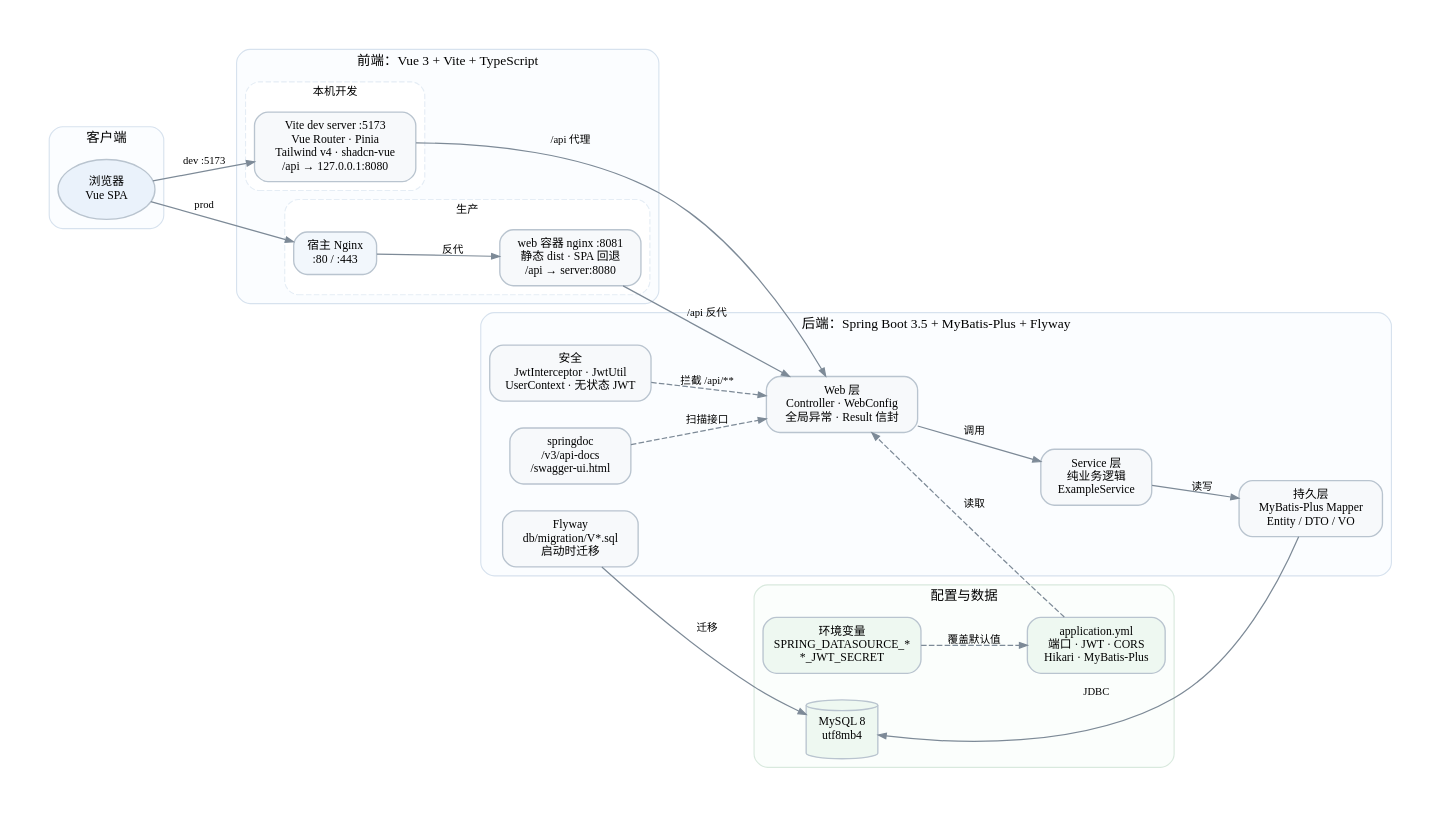
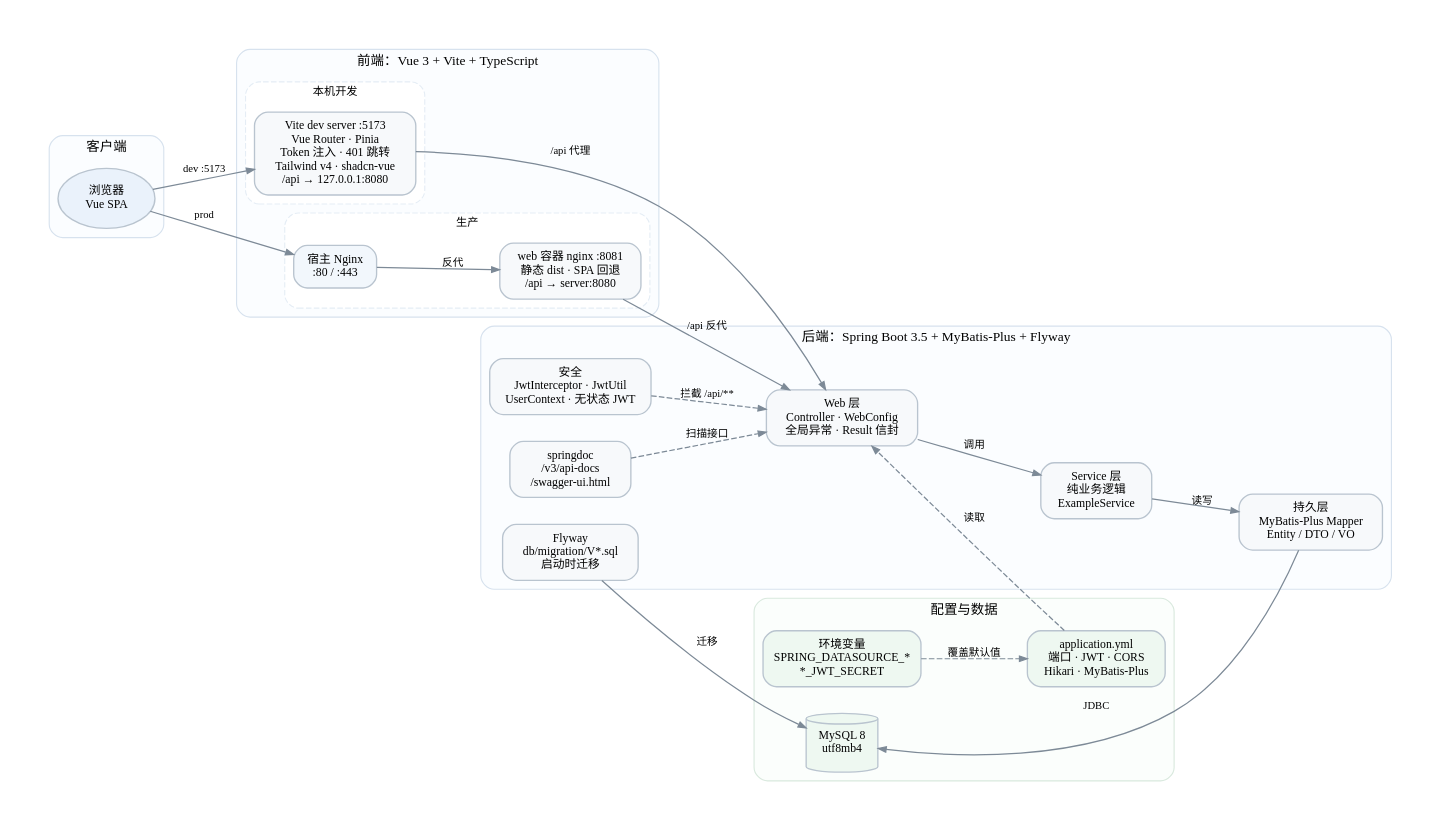
The diagram in references/architecture-runtime.dot (hhh666hhh666/project-scaffold), drawn with Graphviz before and after one commit. The commit also changed 8 other files, not shown here.

First line of the commit message:
docs(frontend): 同步登录闭环与请求层改动的文档、图与生成物断言

```diff
--- a/references/architecture-runtime.dot
+++ b/references/architecture-runtime.dot
@@ -1,104 +1,104 @@
 digraph runtime {
   graph [
     rankdir=LR,
     fontname="Microsoft YaHei",
     fontsize=13,
     bgcolor="#ffffff",
     pad=0.4,
     nodesep=0.34,
     ranksep=0.62,
     splines=spline
   ];
   node [
     shape=box,
     style="rounded,filled",
     fontname="Microsoft YaHei",
     fontsize=10.5,
     color="#b9c4cf",
     fillcolor="#f7f9fb",
     penwidth=1.2,
     margin="0.14,0.10"
   ];
   edge [
     color="#7d8a97",
     fontname="Microsoft YaHei",
     fontsize=9.5,
     arrowsize=0.7,
     penwidth=1.1
   ];
 
   subgraph cluster_client {
     label="客户端";
     fontsize=12;
     color="#d7e2ee";
     style="rounded,filled";
     fillcolor="#fbfdff";
     browser [label="浏览器\nVue SPA", shape=oval, fillcolor="#eaf2fb"];
   }
 
   subgraph cluster_frontend {
     label="前端：Vue 3 + Vite + TypeScript";
     fontsize=12;
     color="#d7e2ee";
     style="rounded,filled";
     fillcolor="#fbfdff";
 
     subgraph cluster_dev {
       label="本机开发";
       fontsize=10;
       color="#e5edf5";
       style="rounded,dashed";
-      vite [label="Vite dev server :5173\nVue Router · Pinia\nTailwind v4 · shadcn-vue\n/api → 127.0.0.1:8080"];
+      vite [label="Vite dev server :5173\nVue Router · Pinia\nToken 注入 · 401 跳转\nTailwind v4 · shadcn-vue\n/api → 127.0.0.1:8080"];
     }
 
     subgraph cluster_prod {
       label="生产";
       fontsize=10;
       color="#e5edf5";
       style="rounded,dashed";
       host [label="宿主 Nginx\n:80 / :443", fillcolor="#f2f7fc"];
       web [label="web 容器 nginx :8081\n静态 dist · SPA 回退\n/api → server:8080"];
     }
   }
 
   subgraph cluster_backend {
     label="后端：Spring Boot 3.5 + MyBatis-Plus + Flyway";
     fontsize=12;
     color="#d7e2ee";
     style="rounded,filled";
     fillcolor="#fbfdff";
 
     web_layer [label="Web 层\nController · WebConfig\n全局异常 · Result 信封"];
     security [label="安全\nJwtInterceptor · JwtUtil\nUserContext · 无状态 JWT"];
     service [label="Service 层\n纯业务逻辑\nExampleService"];
     mapper [label="持久层\nMyBatis-Plus Mapper\nEntity / DTO / VO"];
     flyway [label="Flyway\ndb/migration/V*.sql\n启动时迁移"];
     api_docs [label="springdoc\n/v3/api-docs\n/swagger-ui.html"];
   }
 
   subgraph cluster_config {
     label="配置与数据";
     fontsize=12;
     color="#d9e9de";
     style="rounded,filled";
     fillcolor="#fbfefc";
     yml [label="application.yml\n端口 · JWT · CORS\nHikari · MyBatis-Plus", fillcolor="#eef8f1"];
     env [label="环境变量\nSPRING_DATASOURCE_*\n*_JWT_SECRET", fillcolor="#eef8f1"];
     mysql [label="MySQL 8\nutf8mb4", shape=cylinder, fillcolor="#eef8f1"];
   }
 
   browser -> vite [label="dev :5173"];
   browser -> host [label="prod"];
   host -> web [label="反代"];
   vite -> web_layer [label="/api 代理"];
   web -> web_layer [label="/api 反代"];
 
   web_layer -> service [label="调用"];
   service -> mapper [label="读写"];
   mapper -> mysql [label="JDBC"];
   flyway -> mysql [label="迁移"];
   security -> web_layer [style=dashed, label="拦截 /api/**"];
   api_docs -> web_layer [style=dashed, label="扫描接口"];
   yml -> web_layer [style=dashed, label="读取"];
   env -> yml [style=dashed, label="覆盖默认值"];
 }
```
